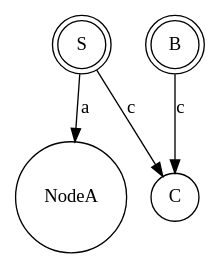
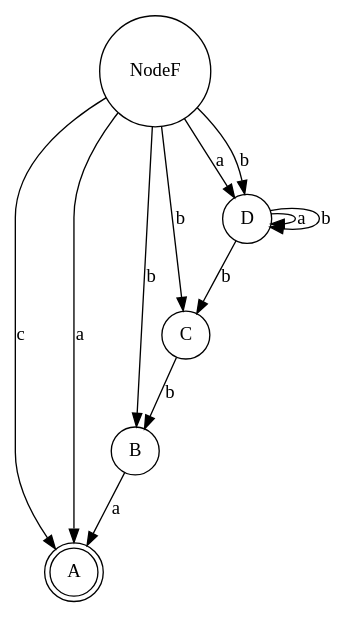
Before and after one commit to fnmartinez/TLATPE: the diagram in out.dot, drawn with Graphviz. The commit also changed 6 other files, not shown here.

```diff
--- a/out.dot
+++ b/out.dot
@@ -1,8 +1,17 @@
 digraph{
-node[shape=doublecircle] NodeS [label="S"];
-node[shape=doublecircle] NodeB [label="B"];
+node[shape=doublecircle] NodeA [label="A"];
+node[shape=circle] NodeB [label="B"];
 node[shape=circle] NodeC [label="C"];
-NodeS->NodeA [label="a"];
-NodeB->NodeC [label="c"];
-NodeS->NodeC [label="c"];
+node[shape=circle] NodeD [label="D"];
+NodeB->NodeA [label="a"];
+NodeF->NodeD [label="a"];
+NodeC->NodeB [label="b"];
+NodeF->NodeA [label="c"];
+NodeD->NodeC [label="b"];
+NodeF->NodeD [label="b"];
+NodeD->NodeD [label="a"];
+NodeF->NodeB [label="b"];
+NodeD->NodeD [label="b"];
+NodeF->NodeA [label="a"];
+NodeF->NodeC [label="b"];
 }
```
